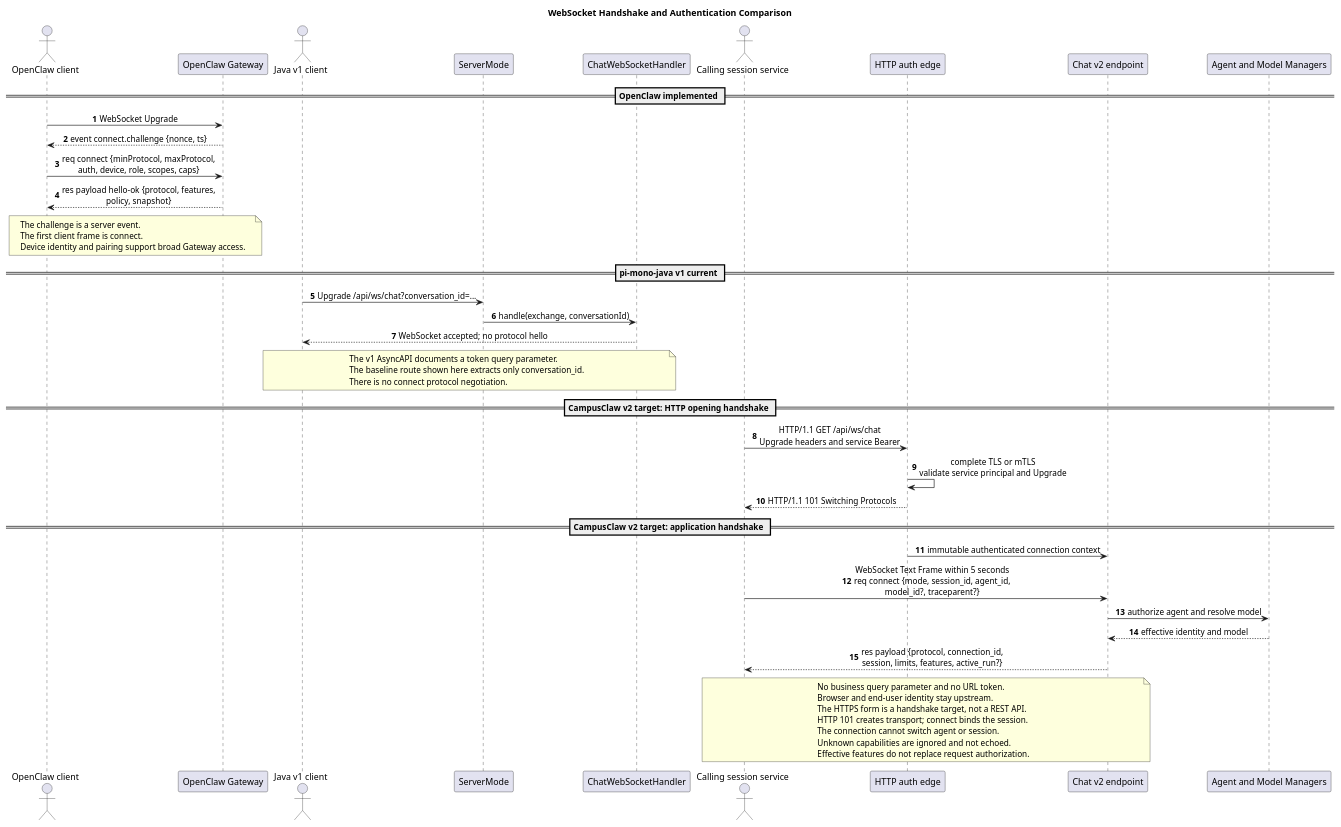
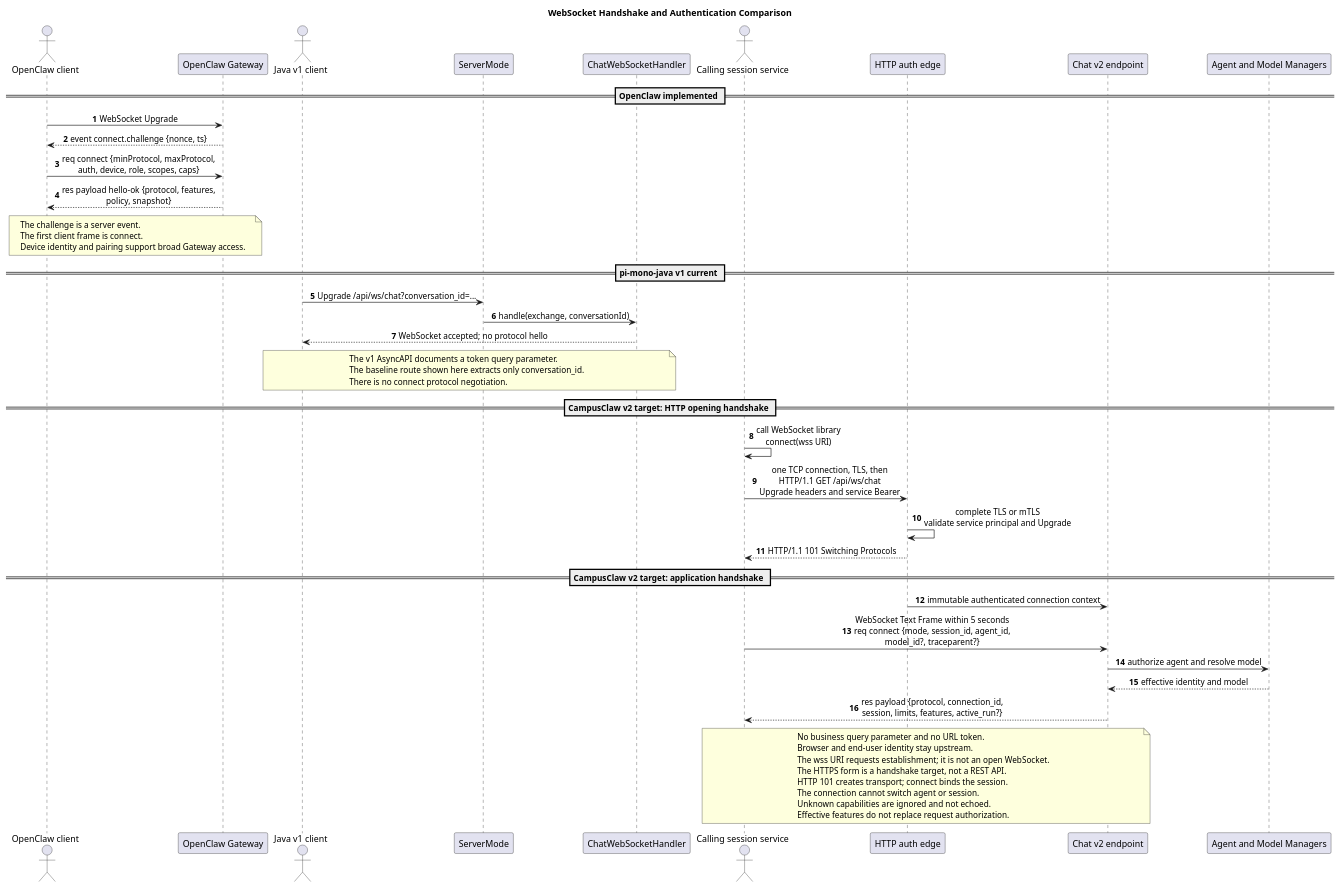
One commit to superheromeZzh/pi-mono-java-design changed the second of 4 diagrams in openclaw-campusclaw-websocket-comparison/diagram.puml. Above: the diagram before and after it, drawn with PlantUML. The commit also changed 12 other files, not shown here.

Commit message:
docs(ws): clarify wss establishment sequence

```diff
--- a/openclaw-campusclaw-websocket-comparison/diagram.puml
+++ b/openclaw-campusclaw-websocket-comparison/diagram.puml
@@ -89,76 +89,79 @@
 @startuml websocket_handshake_comparison
 title WebSocket Handshake and Authentication Comparison
 
 ' OpenClaw baseline: b015925bc30f6a8363f290b07d5f8588e21422b8, Gateway Protocol v4
 ' Source: docs/gateway/protocol.md (Handshake, authentication, protocol versioning)
 ' Source: docs/gateway/clients.md (scopes, pairing, capabilities)
 ' Source: packages/gateway-protocol/src/schema/frames.ts (ConnectParamsSchema, HelloOkSchema)
 ' pi-mono-java baseline: 1f7a5423219edfa4519d8719f1cc8a188ed72873
 ' Source: modules/coding-agent-cli/src/main/java/com/campusclaw/codingagent/mode/server/ServerMode.java (configureRoutes)
 ' Source: docs/asyncapi/chat-ws.yaml (query parameters and v1 messages)
 ' Target source: pi-mono-java-manager-driven-multi-agent-runtime/chat-ws-v2.asyncapi.yaml
 ' Observed behavior: OpenClaw emits a challenge before the first client connect Request Frame.
 ' Current Java behavior: the route reads conversation_id and creates or resumes a session immediately.
 ' Target design: CampusClaw authenticates the Upgrade and then requires connect within five seconds.
 ' Target design: the Runtime authenticates only the calling service, not the end user.
+' Target design: a wss URI starts establishment; the WebSocket exists only after HTTP 101.
 ' Target design: HTTP 101 and the connect RequestFrame are different handshake layers.
 ' Design reason: service credentials stay in transport authentication and never enter chat payloads.
 
 skinparam backgroundColor #FFFFFF
 skinparam shadowing false
 skinparam sequenceMessageAlign center
 skinparam defaultFontName Arial
 autonumber
 
 actor "OpenClaw client" as OC
 participant "OpenClaw Gateway" as OG
 actor "Java v1 client" as JV1C
 participant "ServerMode" as SM
 participant "ChatWebSocketHandler" as CWH
 actor "Calling session service" as CC
 participant "HTTP auth edge" as EDGE
 participant "Chat v2 endpoint" as V2
 participant "Agent and Model Managers" as MGR
 
 == OpenClaw implemented ==
 OC -> OG : WebSocket Upgrade
 OG --> OC : event connect.challenge {nonce, ts}
 OC -> OG : req connect {minProtocol, maxProtocol,\nauth, device, role, scopes, caps}
 OG --> OC : res payload hello-ok {protocol, features,\npolicy, snapshot}
 note over OC,OG
 The challenge is a server event.
 The first client frame is connect.
 Device identity and pairing support broad Gateway access.
 end note
 
 == pi-mono-java v1 current ==
 JV1C -> SM : Upgrade /api/ws/chat?conversation_id=...
 SM -> CWH : handle(exchange, conversationId)
 CWH --> JV1C : WebSocket accepted; no protocol hello
 note over JV1C,CWH
 The v1 AsyncAPI documents a token query parameter.
 The baseline route shown here extracts only conversation_id.
 There is no connect protocol negotiation.
 end note
 
 == CampusClaw v2 target: HTTP opening handshake ==
-CC -> EDGE : HTTP/1.1 GET /api/ws/chat\nUpgrade headers and service Bearer
+CC -> CC : call WebSocket library\nconnect(wss URI)
+CC -> EDGE : one TCP connection, TLS, then\nHTTP/1.1 GET /api/ws/chat\nUpgrade headers and service Bearer
 EDGE -> EDGE : complete TLS or mTLS\nvalidate service principal and Upgrade
 EDGE --> CC : HTTP/1.1 101 Switching Protocols
 
 == CampusClaw v2 target: application handshake ==
 EDGE -> V2 : immutable authenticated connection context
 CC -> V2 : WebSocket Text Frame within 5 seconds\nreq connect {mode, session_id, agent_id,\nmodel_id?, traceparent?}
 V2 -> MGR : authorize agent and resolve model
 MGR --> V2 : effective identity and model
 V2 --> CC : res payload {protocol, connection_id,\nsession, limits, features, active_run?}
 note over CC,V2
 No business query parameter and no URL token.
 Browser and end-user identity stay upstream.
+The wss URI requests establishment; it is not an open WebSocket.
 The HTTPS form is a handshake target, not a REST API.
 HTTP 101 creates transport; connect binds the session.
 The connection cannot switch agent or session.
 Unknown capabilities are ignored and not echoed.
 Effective features do not replace request authorization.
 end note
 @enduml
```
